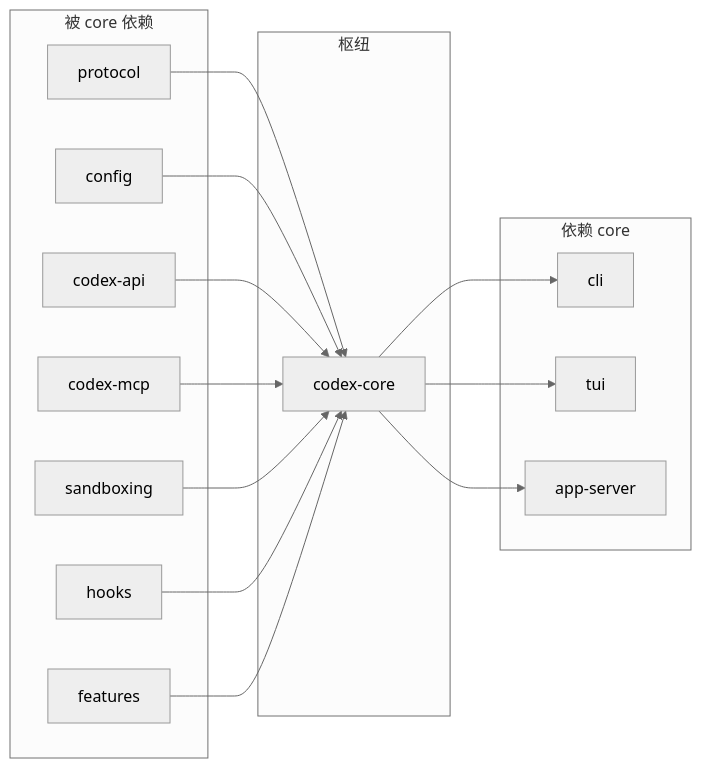
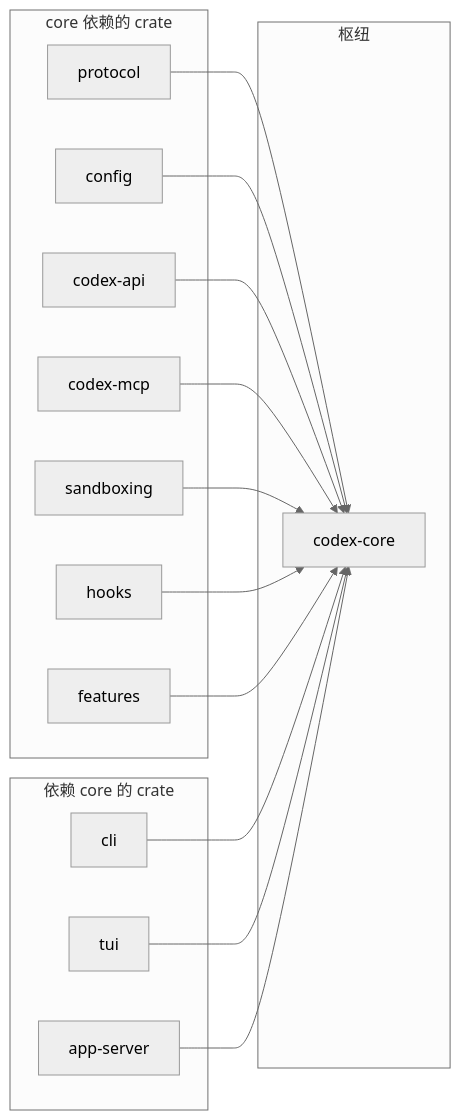
One commit to yibn2008/learn-codex changed the third of 3 diagrams in wiki/00-project-overview.md. Above: the diagram before and after it, drawn with Mermaid (neutral theme). The commit also changed other lines of this file and 1 other file, not shown here.

````diff
--- a/wiki/00-project-overview.md
+++ b/wiki/00-project-overview.md
@@ -287,33 +328,33 @@
 ```mermaid
 graph LR
-    subgraph 被 core 依赖
+    subgraph core 依赖的 crate
         PROTO[protocol]
         CONFIG[config]
         API[codex-api]
         MCP[codex-mcp]
         SANDBOX[sandboxing]
         HOOKS[hooks]
         FEAT[features]
     end
 
     subgraph 枢纽
         CORE[codex-core]
     end
 
-    subgraph 依赖 core
+    subgraph 依赖 core 的 crate
         CLI[cli]
         TUI[tui]
         APP[app-server]
     end
 
     PROTO --> CORE
     CONFIG --> CORE
     API --> CORE
     MCP --> CORE
     SANDBOX --> CORE
     HOOKS --> CORE
     FEAT --> CORE
-    CORE --> CLI
-    CORE --> TUI
-    CORE --> APP
+    CLI --> CORE
+    TUI --> CORE
+    APP --> CORE
 ```
````
